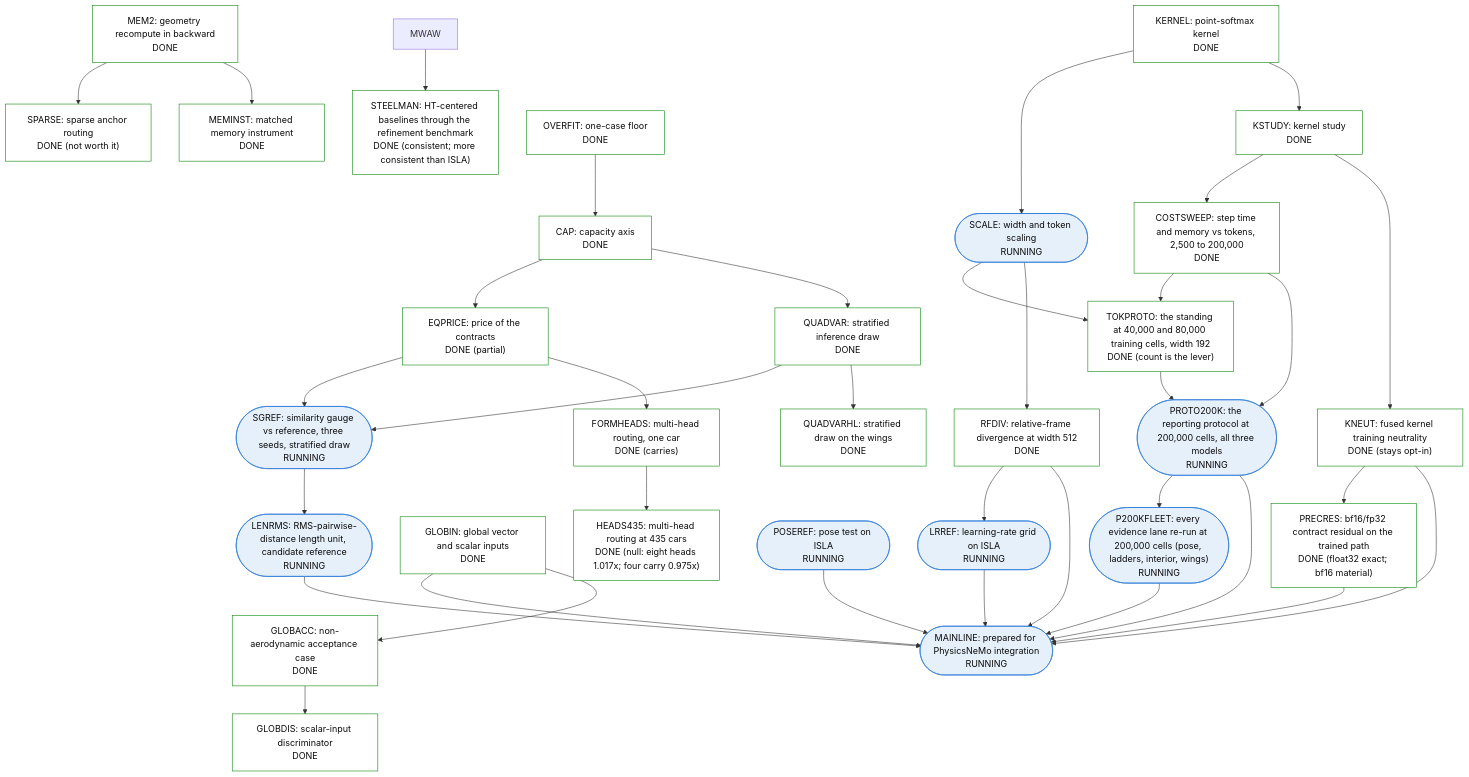
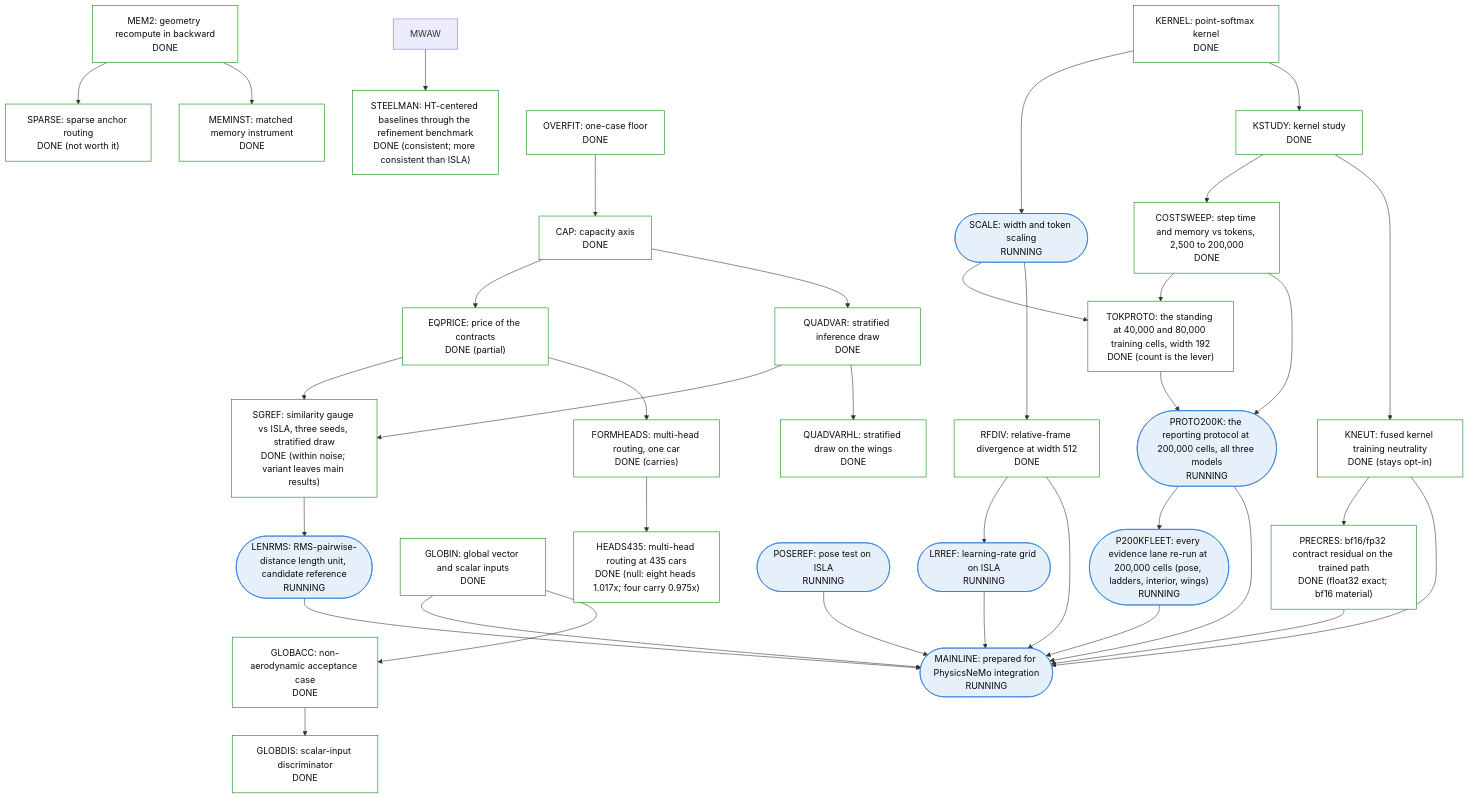
Before and after one commit to peterdsharpe/physicsnemo: the fifth of 5 diagrams in examples/cfd/mesh_transformer/book/13-program-status.qmd, drawn with Mermaid. The commit also changed other lines of this file and 13 other files, not shown here.

````diff
--- a/examples/cfd/mesh_transformer/book/13-program-status.qmd
+++ b/examples/cfd/mesh_transformer/book/13-program-status.qmd
@@ -281,75 +281,75 @@
 ```{mermaid}
 %%| fig-cap: >
 %%|   Sub-tree 5: cost, scale, deficit anatomy and mainline. HEADS435 is the
 %%|   one node RUNNING with a bar that could change ISLA's
 %%|   configuration; MAINLINE is the productization node.
 flowchart TB
     classDef done fill:#ffffff,stroke:#008300,color:#0b0b0b
     classDef running fill:#e6f0fb,stroke:#2a78d6,color:#0b0b0b
     classDef planned fill:#ffffff,stroke:#898781,color:#0b0b0b,stroke-dasharray:4 3
     classDef stopped fill:#f4f3ee,stroke:#52514e,color:#0b0b0b
     MEM2["MEM2: geometry recompute in backward<br/>DONE"]:::done
     MEMINST["MEMINST: matched memory instrument<br/>DONE"]:::done
     SPARSE["SPARSE: sparse anchor routing<br/>DONE (not worth it)"]:::done
     KERNEL["KERNEL: point-softmax kernel<br/>DONE"]:::done
     KSTUDY["KSTUDY: kernel study<br/>DONE"]:::done
     KNEUT["KNEUT: fused kernel training neutrality<br/>DONE (stays opt-in)"]:::done
     SCALE(["SCALE: width and token scaling<br/>RUNNING"]):::running
     RFDIV["RFDIV: relative-frame divergence at width 512<br/>DONE"]:::done
     OVERFIT["OVERFIT: one-case floor<br/>DONE"]:::done
     CAP["CAP: capacity axis<br/>DONE"]:::done
     QUADVAR["QUADVAR: stratified inference draw<br/>DONE"]:::done
     QUADVARHL["QUADVARHL: stratified draw on the wings<br/>DONE"]:::done
     EQPRICE["EQPRICE: price of the contracts<br/>DONE (partial)"]:::done
     FORMHEADS["FORMHEADS: multi-head routing, one car<br/>DONE (carries)"]:::done
     HEADS435["HEADS435: multi-head routing at 435 cars<br/>DONE (null: eight heads 1.017x; four carry 0.975x)"]:::done
     GLOBIN["GLOBIN: global vector and scalar inputs<br/>DONE"]:::done
     GLOBACC["GLOBACC: non-aerodynamic acceptance case<br/>DONE"]:::done
     GLOBDIS["GLOBDIS: scalar-input discriminator<br/>DONE"]:::done
     MAINLINE(["MAINLINE: prepared for PhysicsNeMo integration<br/>RUNNING"]):::running
     PRECRES["PRECRES: bf16/fp32 contract residual on the trained path<br/>DONE (float32 exact; bf16 material)"]:::done
-    SGREF(["SGREF: similarity gauge vs reference, three seeds, stratified draw<br/>RUNNING"]):::running
+    SGREF["SGREF: similarity gauge vs ISLA, three seeds, stratified draw<br/>DONE (within noise; variant leaves main results)"]:::done
     POSEREF(["POSEREF: pose test on ISLA<br/>RUNNING"]):::running
     LRREF(["LRREF: learning-rate grid on ISLA<br/>RUNNING"]):::running
     LENRMS(["LENRMS: RMS-pairwise-distance length unit, candidate reference<br/>RUNNING"]):::running
     STEELMAN["STEELMAN: HT-centered baselines through the refinement benchmark<br/>DONE (consistent; more consistent than ISLA)"]:::done
     TOKPROTO["TOKPROTO: the standing at 40,000 and 80,000 training cells, width 192<br/>DONE (count is the lever)"]:::done
     PROTO200K(["PROTO200K: the reporting protocol at 200,000 cells, all three models<br/>RUNNING"]):::running
     P200KFLEET(["P200KFLEET: every evidence lane re-run at 200,000 cells (pose, ladders, interior, wings)<br/>RUNNING"]):::running
     COSTSWEEP["COSTSWEEP: step time and memory vs tokens, 2,500 to 200,000<br/>DONE"]:::done
     MEM2 --> MEMINST
     MEM2 --> SPARSE
     KERNEL --> KSTUDY
     KSTUDY --> KNEUT
     KERNEL --> SCALE
     SCALE --> RFDIV
     OVERFIT --> CAP
     CAP --> QUADVAR
     QUADVAR --> QUADVARHL
     CAP --> EQPRICE
     EQPRICE --> FORMHEADS
     FORMHEADS --> HEADS435
     GLOBIN --> GLOBACC
     GLOBACC --> GLOBDIS
     GLOBIN --> MAINLINE
     RFDIV --> MAINLINE
     KNEUT --> MAINLINE
     KNEUT --> PRECRES
     PRECRES --> MAINLINE
     QUADVAR --> SGREF
     EQPRICE --> SGREF
     RFDIV --> LRREF
     POSEREF --> MAINLINE
     LRREF --> MAINLINE
     SGREF --> LENRMS
     LENRMS --> MAINLINE
     MWAW --> STEELMAN
     SCALE --> TOKPROTO
     TOKPROTO --> PROTO200K
     COSTSWEEP --> PROTO200K
     PROTO200K --> MAINLINE
     PROTO200K --> P200KFLEET
     P200KFLEET --> MAINLINE
     KSTUDY --> COSTSWEEP
     COSTSWEEP --> TOKPROTO
 ```
````
